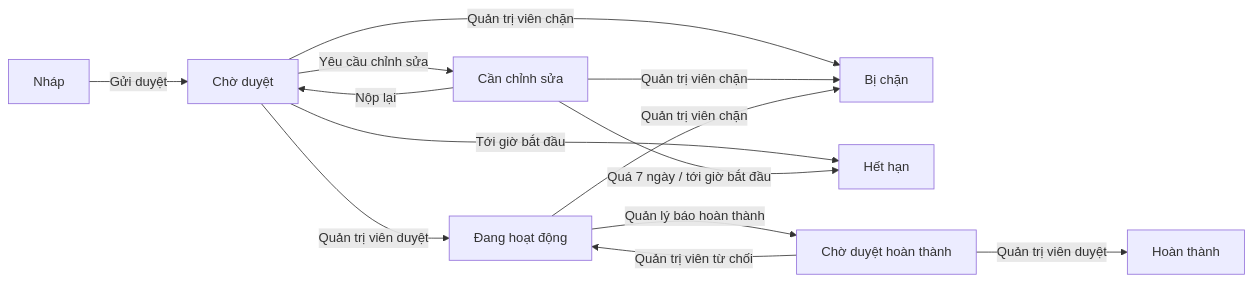
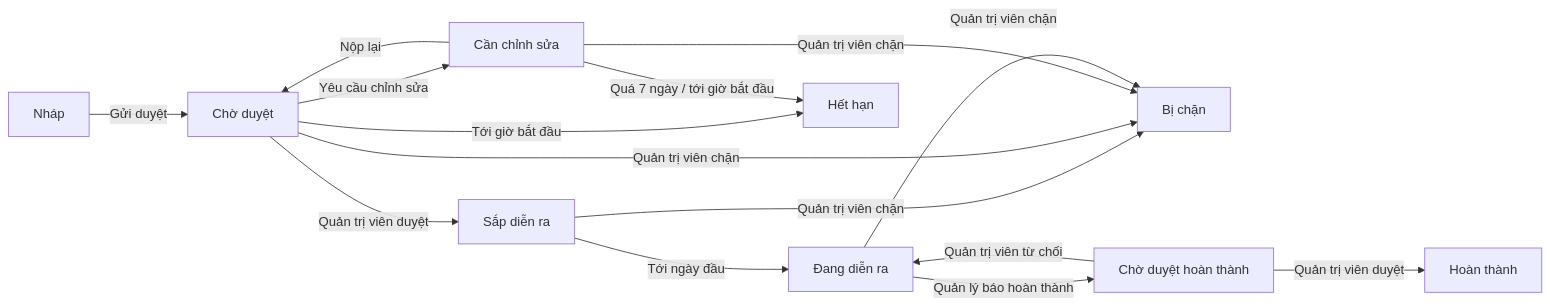
The sixth of 7 diagrams in BUSINESS-OVERVIEW.md (DOAN2-UQT-KN/ecolink-docs), drawn with Mermaid before and after one commit. The commit also changed other lines of this file and 9 other files, not shown here.

Commit message:
docs: sắp diễn ra, giờ ca, đăng ký theo ca

````diff
--- a/BUSINESS-OVERVIEW.md
+++ b/BUSINESS-OVERVIEW.md
@@ -536,15 +536,17 @@
 ```mermaid
 flowchart LR
   N[Nháp] -->|Gửi duyệt| A[Chờ duyệt]
-  A -->|Quản trị viên duyệt| B[Đang hoạt động]
+  A -->|Quản trị viên duyệt| U[Sắp diễn ra]
+  U -->|Tới ngày đầu| B[Đang diễn ra]
+  U -->|Quản trị viên chặn| X
   A -->|Yêu cầu chỉnh sửa| R[Cần chỉnh sửa]
   R -->|Nộp lại| A
   A -->|Quản trị viên chặn| X[Bị chặn]
   R -->|Quản trị viên chặn| X
   B -->|Quản trị viên chặn| X
   A -->|Tới giờ bắt đầu| E[Hết hạn]
   R -->|Quá 7 ngày / tới giờ bắt đầu| E
   B -->|Quản lý báo hoàn thành| C[Chờ duyệt hoàn thành]
   C -->|Quản trị viên duyệt| D[Hoàn thành]
   C -->|Quản trị viên từ chối| B
 ```
````
